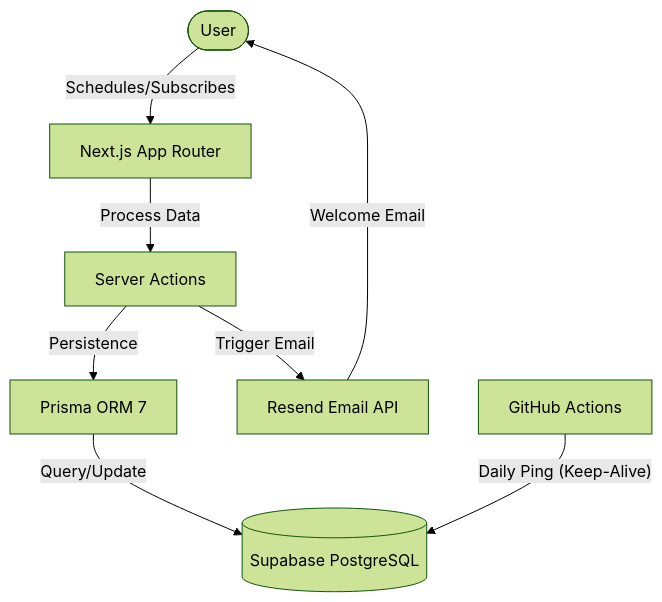
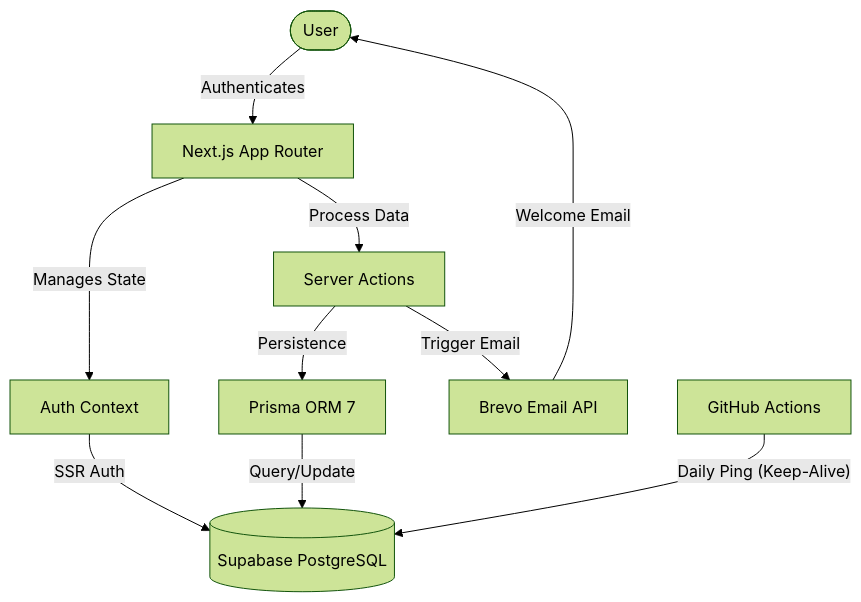
Before and after one commit to CallejaJ/memento-academy: the diagram in README.md, drawn with Mermaid (forest theme). The commit also changed other lines of this file and 14 other files, not shown here.

````diff
--- a/README.md
+++ b/README.md
@@ -20,18 +20,21 @@
 ```mermaid
 graph TD
     User([User])
     NextJS[Next.js App Router]
+    AuthContext[Auth Context]
     ServerAction[Server Actions]
     Prisma[Prisma ORM 7]
     Supabase[(Supabase PostgreSQL)]
-    Resend[Resend Email API]
+    Brevo[Brevo Email API]
     GHA[GitHub Actions]
 
-    User -- "Schedules/Subscribes" --> NextJS
+    User -- "Authenticates" --> NextJS
+    NextJS -- "Manages State" --> AuthContext
+    AuthContext -- "SSR Auth" --> Supabase
     NextJS -- "Process Data" --> ServerAction
     ServerAction -- "Persistence" --> Prisma
     Prisma -- "Query/Update" --> Supabase
-    ServerAction -- "Trigger Email" --> Resend
-    Resend -- "Welcome Email" --> User
+    ServerAction -- "Trigger Email" --> Brevo
+    Brevo -- "Welcome Email" --> User
     GHA -- "Daily Ping (Keep-Alive)" --> Supabase
 ```
````
